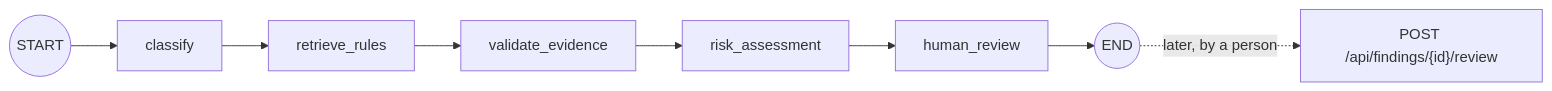
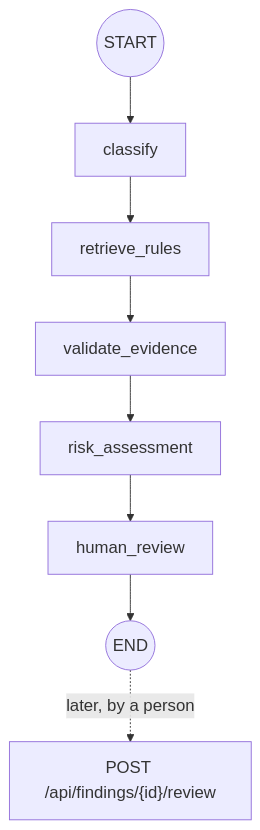
Before and after one commit to Abhinav-git1/FiberDoc_AI: the second of 3 diagrams in PROJECT_OVERVIEW.md, drawn with Mermaid. The commit also changed other lines of this file and 2 other files, not shown here.

First line of the commit message:
Make the Mermaid diagrams readable on GitHub

````diff
--- a/PROJECT_OVERVIEW.md
+++ b/PROJECT_OVERVIEW.md
@@ -142,10 +147,11 @@
 ```mermaid
-flowchart LR
+%%{init: {"themeVariables": {"fontSize": "18px"}}}%%
+flowchart TB
   S((START)) --> C[classify]
   C --> RR[retrieve_rules]
   RR --> V[validate_evidence]
   V --> RA[risk_assessment]
   RA --> HR[human_review]
   HR --> E((END))
   E -. "later, by a person" .-> REV["POST /api/findings/{id}/review"]
 ```
````
